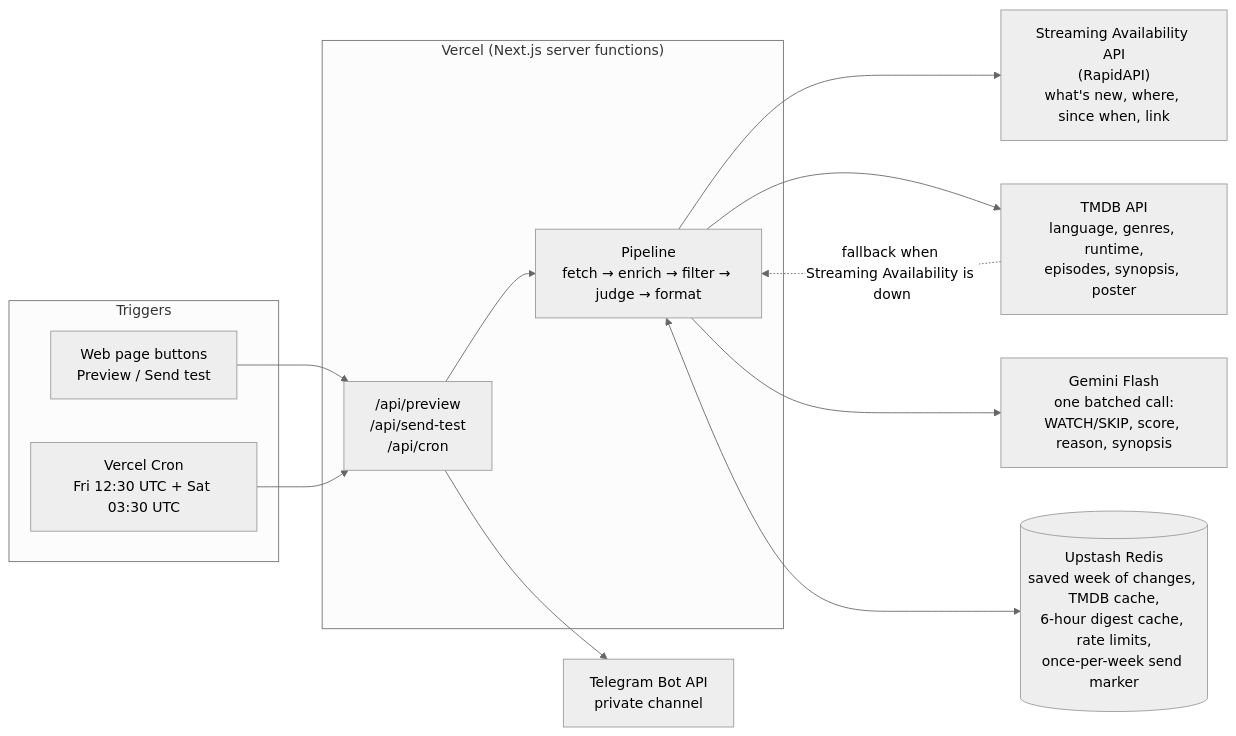
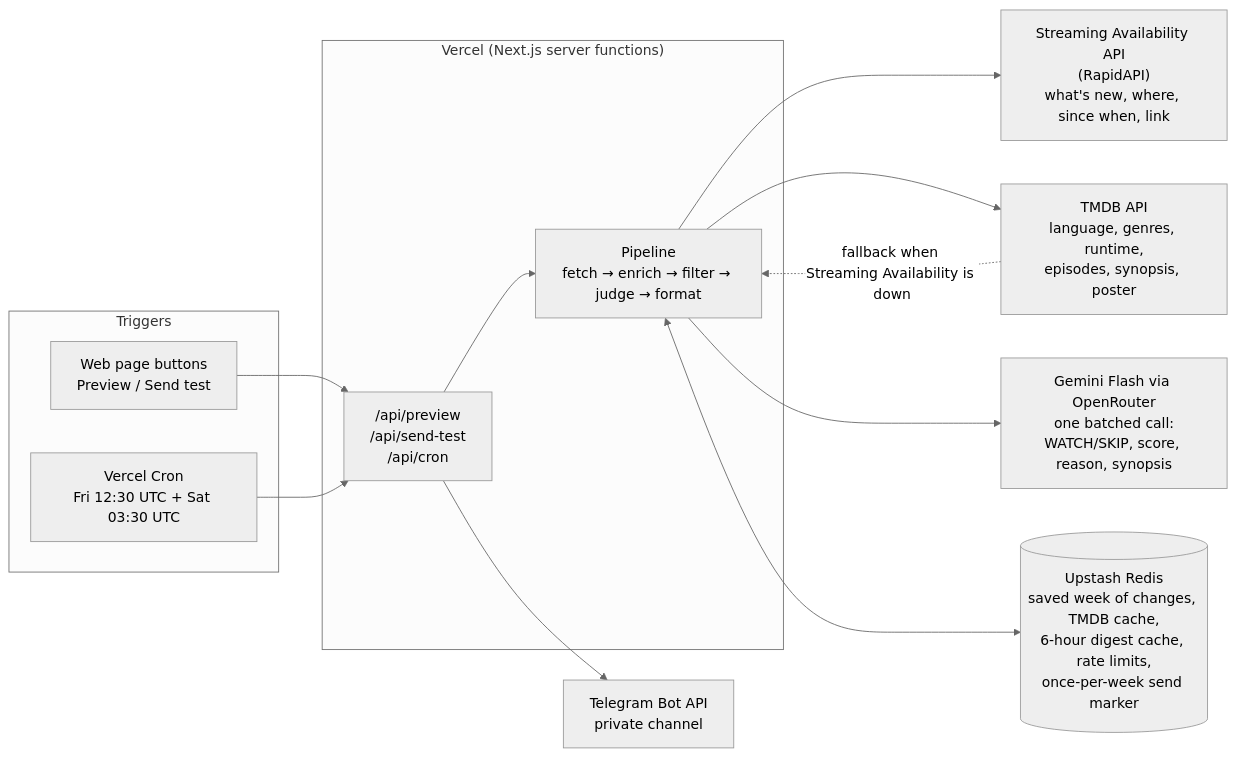
Before and after one commit to sushmithasarlana-bit/ott-release-radar: the diagram in README.md, drawn with Mermaid (neutral theme). The commit also changed other lines of this file and 6 other files, not shown here.

First line of the commit message:
Call Gemini Flash through OpenRouter (google/gemini-3.7-flash, backup 3.5-flash)

````diff
--- a/README.md
+++ b/README.md
@@ -74,28 +74,28 @@
 ```mermaid
 flowchart LR
     subgraph Triggers
         P["Web page buttons<br/>Preview / Send test"]
         C["Vercel Cron<br/>Fri 12:30 UTC + Sat 03:30 UTC"]
     end
 
     subgraph Vercel["Vercel (Next.js server functions)"]
         API["/api/preview<br/>/api/send-test<br/>/api/cron"]
         PIPE["Pipeline<br/>fetch → enrich → filter → judge → format"]
     end
 
     SA["Streaming Availability API<br/>(RapidAPI)<br/>what's new, where, since when, link"]
     TMDB["TMDB API<br/>language, genres, runtime,<br/>episodes, synopsis, poster"]
-    GEM["Gemini Flash<br/>one batched call:<br/>WATCH/SKIP, score, reason, synopsis"]
+    GEM["Gemini Flash via OpenRouter<br/>one batched call:<br/>WATCH/SKIP, score, reason, synopsis"]
     REDIS[("Upstash Redis<br/>saved week of changes, TMDB cache,<br/>6-hour digest cache, rate limits,<br/>once-per-week send marker")]
     TG["Telegram Bot API<br/>private channel"]
 
     P --> API
     C --> API
     API --> PIPE
     PIPE --> SA
     PIPE --> TMDB
     PIPE --> GEM
     PIPE <--> REDIS
     API --> TG
     TMDB -.->|"fallback when Streaming Availability is down"| PIPE
 ```
````
